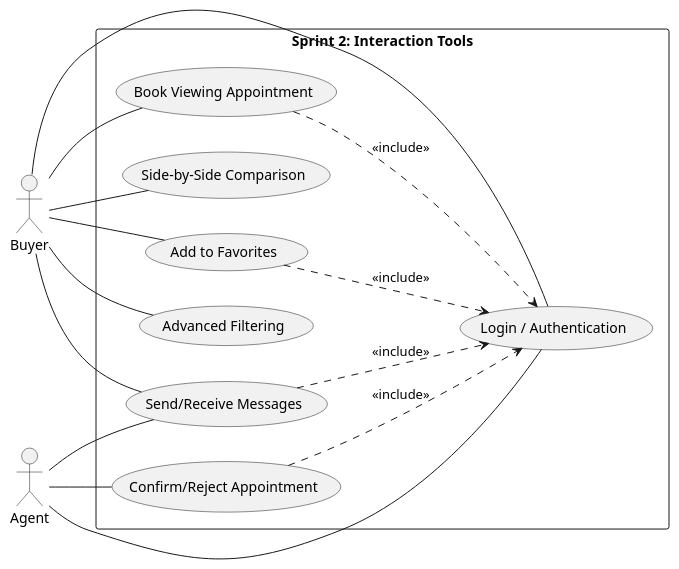
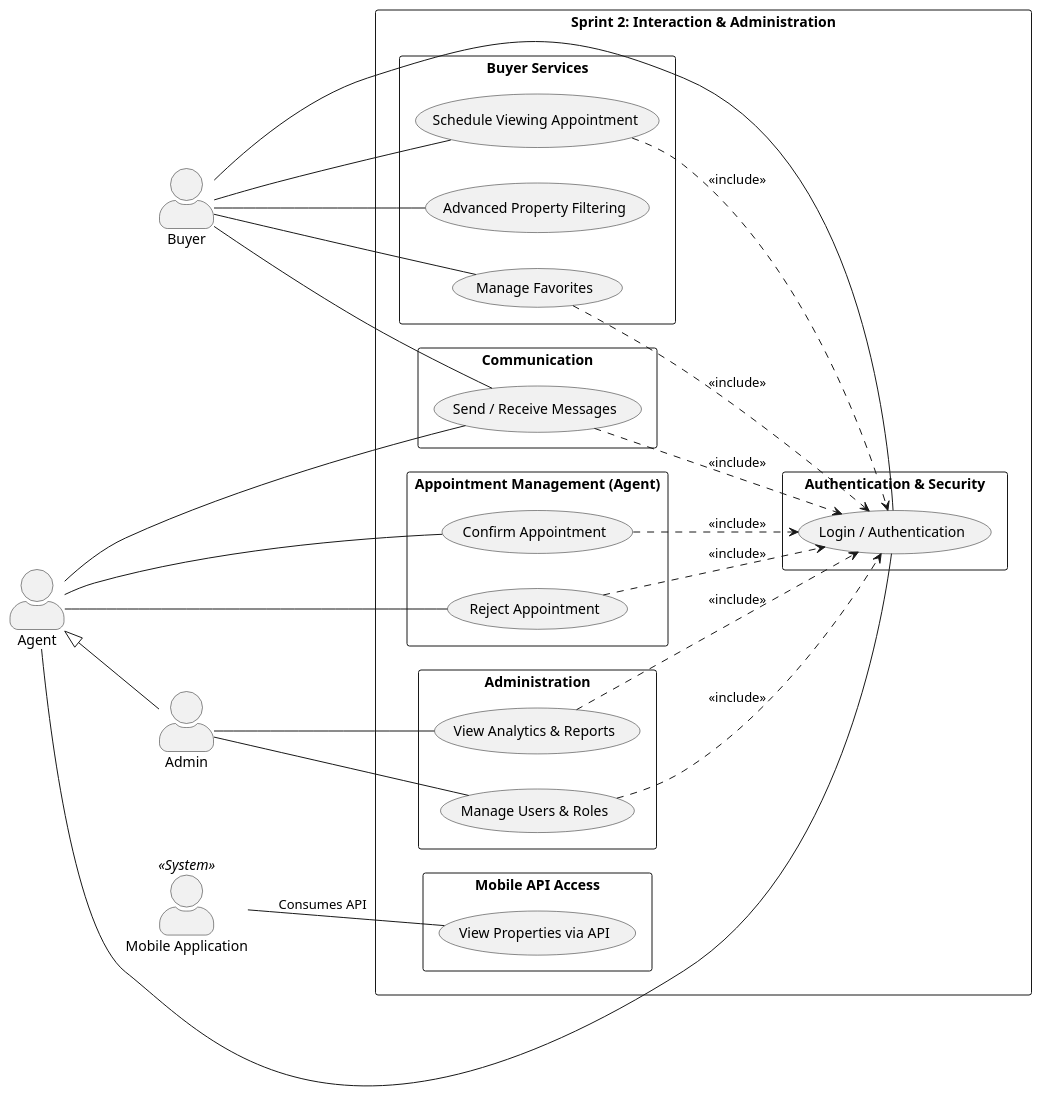
Before and after one commit to AZIZ-Soufiane/PropertyHub-PFE: the diagram in UseCase/Sprint2_UseCase.puml, drawn with PlantUML. The commit also changed 23 other files, not shown here.

```diff
--- a/UseCase/Sprint2_UseCase.puml
+++ b/UseCase/Sprint2_UseCase.puml
@@ -1,37 +1,77 @@
 @startuml
 left to right direction
+skinparam packageStyle rectangle
 skinparam shadowing false
+skinparam actorStyle awesome
 
-actor "Buyer" as Client
+' Actors
+actor "Buyer" as Buyer
 actor "Agent" as Agent
+actor "Admin" as Admin
+actor "Mobile Application" as MobileApp <<System>>
 
-rectangle "Sprint 2: Interaction Tools" {
-    (Login / Authentication) as UC_Auth
-    (Book Viewing Appointment) as UC_Book
-    (Confirm/Reject Appointment) as UC_Confirm
-    (Side-by-Side Comparison) as UC_Compare
-    (Add to Favorites) as UC_Fav
-    (Send/Receive Messages) as UC_Msg
-    (Advanced Filtering) as UC_Filter
+' Hierarchy
+Agent <|-- Admin
+
+rectangle "Sprint 2: Interaction & Administration" {
+
+  package "Authentication & Security" {
+      usecase "Login / Authentication" as Login
+  }
+
+  package "Buyer Services" {
+      usecase "Manage Favorites" as Favorites
+      usecase "Schedule Viewing Appointment" as Appointment
+      usecase "Advanced Property Filtering" as Filter
+  }
+
+  package "Communication" {
+      usecase "Send / Receive Messages" as Messaging
+  }
+
+  package "Appointment Management (Agent)" {
+      usecase "Confirm Appointment" as Confirm
+      usecase "Reject Appointment" as Reject
+  }
+
+  package "Administration" {
+      usecase "Manage Users & Roles" as Users
+      usecase "View Analytics & Reports" as Analytics
+  }
+
+  package "Mobile API Access" {
+      usecase "View Properties via API" as APIView
+  }
+
 }
 
-' Buyer Actions
-Client -- UC_Auth
-Client -- UC_Book
-Client -- UC_Compare
-Client -- UC_Fav
-Client -- UC_Msg
-Client -- UC_Filter
+' Buyer actions
+Buyer -- Login
+Buyer -- Favorites
+Buyer -- Appointment
+Buyer -- Messaging
+Buyer -- Filter
 
-' Agent Actions
-Agent -- UC_Auth
-Agent -- UC_Confirm
-Agent -- UC_Msg
+' Agent actions
+Agent -- Login
+Agent -- Messaging
+Agent -- Confirm
+Agent -- Reject
 
-' Security Requirements
-UC_Book    ..> UC_Auth : <<include>>
-UC_Fav     ..> UC_Auth : <<include>>
-UC_Msg     ..> UC_Auth : <<include>>
-UC_Confirm ..> UC_Auth : <<include>>
+' Admin actions
+Admin -- Users
+Admin -- Analytics
+
+' Mobile application
+MobileApp -- APIView : Consumes API
+
+' Security includes
+Favorites ..> Login : <<include>>
+Appointment ..> Login : <<include>>
+Messaging ..> Login : <<include>>
+Confirm ..> Login : <<include>>
+Reject ..> Login : <<include>>
+Users ..> Login : <<include>>
+Analytics ..> Login : <<include>>
 
 @enduml
```
